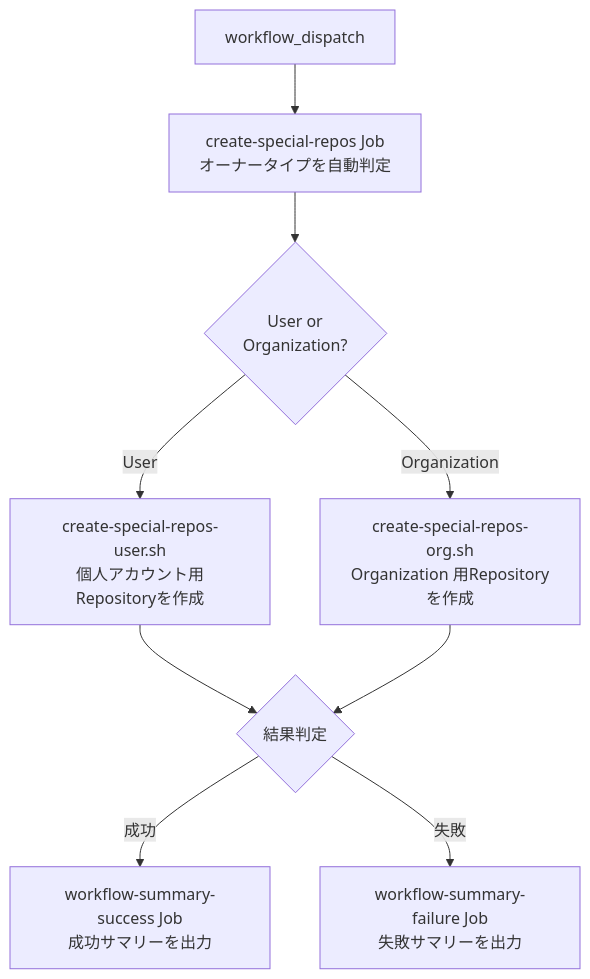
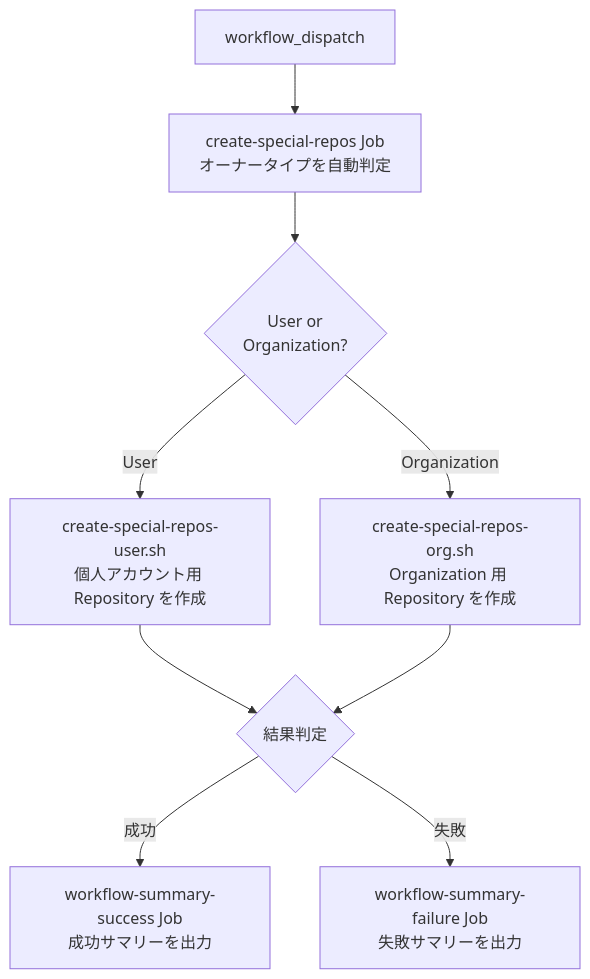
Before and after one commit to mabubu0203/github-projects-starter-kit: the diagram in docs/workflows/06-create-special-repos.md, drawn with Mermaid. The commit also changed other lines of this file and 11 other files, not shown here.

````diff
--- a/docs/workflows/06-create-special-repos.md
+++ b/docs/workflows/06-create-special-repos.md
@@ -61,10 +60,10 @@
 ```mermaid
 flowchart TD
     A["workflow_dispatch"] --> B["create-special-repos Job\nオーナータイプを自動判定"]
     B --> C{"User or\nOrganization?"}
-    C -- "User" --> D["create-special-repos-user.sh\n個人アカウント用Repositoryを作成"]
-    C -- "Organization" --> E["create-special-repos-org.sh\nOrganization 用Repositoryを作成"]
+    C -- "User" --> D["create-special-repos-user.sh\n個人アカウント用 Repository を作成"]
+    C -- "Organization" --> E["create-special-repos-org.sh\nOrganization 用 Repository を作成"]
     D & E --> F{"結果判定"}
     F -- "成功" --> G["workflow-summary-success Job\n成功サマリーを出力"]
     F -- "失敗" --> H["workflow-summary-failure Job\n失敗サマリーを出力"]
 ```
````
